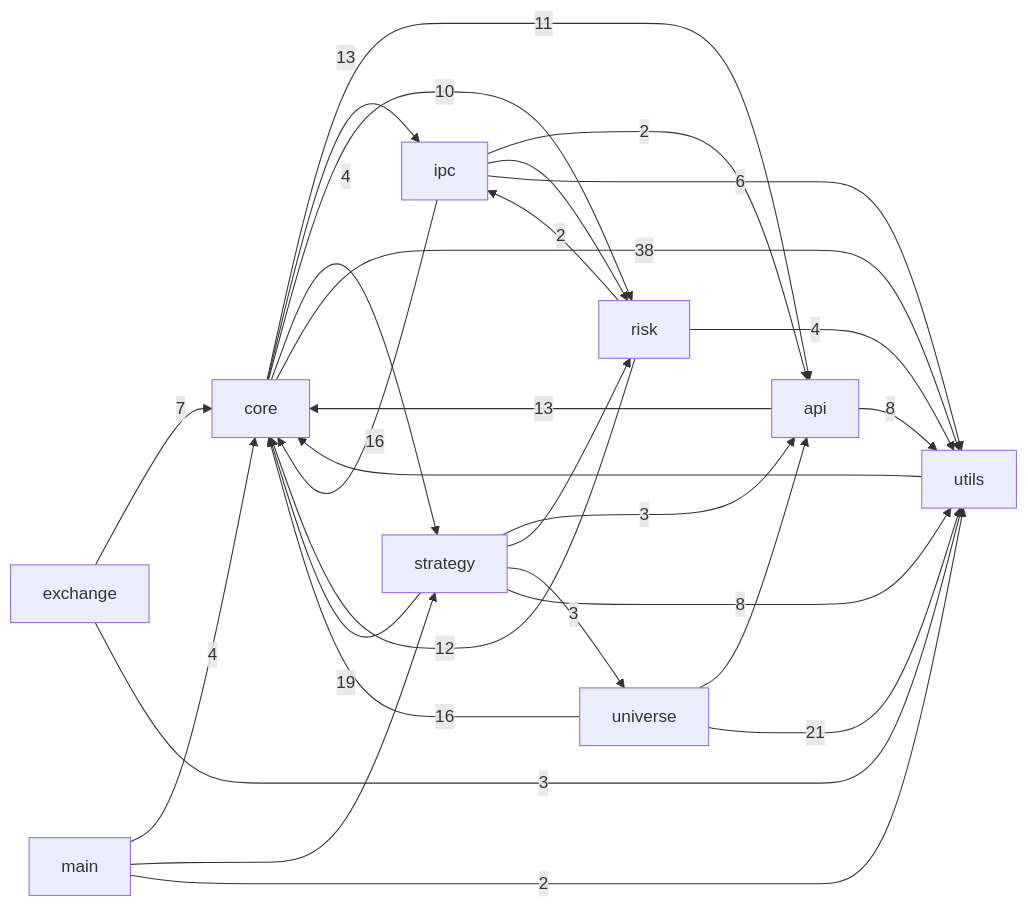
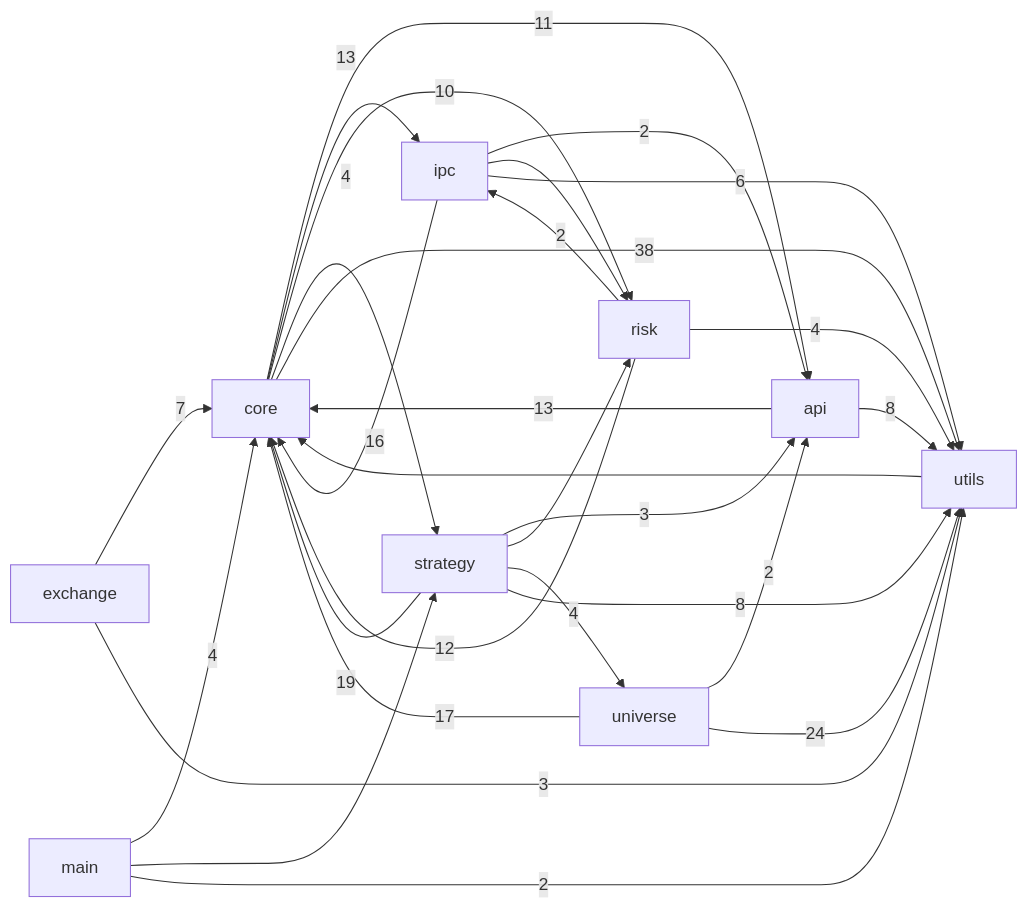
One commit to pypy8171/Quant changed the first of 3 diagrams in docs/CODE_GRAPH.md. Above: the diagram before and after it, drawn with Mermaid. The commit also changed other lines of this file and 18 other files, not shown here.

````diff
--- a/docs/CODE_GRAPH.md
+++ b/docs/CODE_GRAPH.md
@@ -10,40 +10,40 @@
 ```mermaid
 graph LR
   main[main]
   core[core]
   strategy[strategy]
   api[api]
   universe[universe]
   risk[risk]
   ipc[ipc]
   utils[utils]
   exchange[exchange]
   api -->|13| core
   api -->|8| utils
   core -->|11| api
   core -->|13| ipc
   core -->|10| risk
   core -->|4| strategy
   core -->|38| utils
   exchange -->|7| core
   exchange -->|3| utils
   ipc -->|2| api
   ipc -->|16| core
   ipc --> risk
   ipc -->|6| utils
   main -->|4| core
   main --> strategy
   main -->|2| utils
   risk -->|12| core
   risk -->|2| ipc
   risk -->|4| utils
   strategy -->|3| api
   strategy -->|19| core
   strategy --> risk
-  strategy -->|3| universe
+  strategy -->|4| universe
   strategy -->|8| utils
-  universe --> api
-  universe -->|16| core
-  universe -->|21| utils
+  universe -->|2| api
+  universe -->|17| core
+  universe -->|24| utils
   utils --> core
 ```
````
